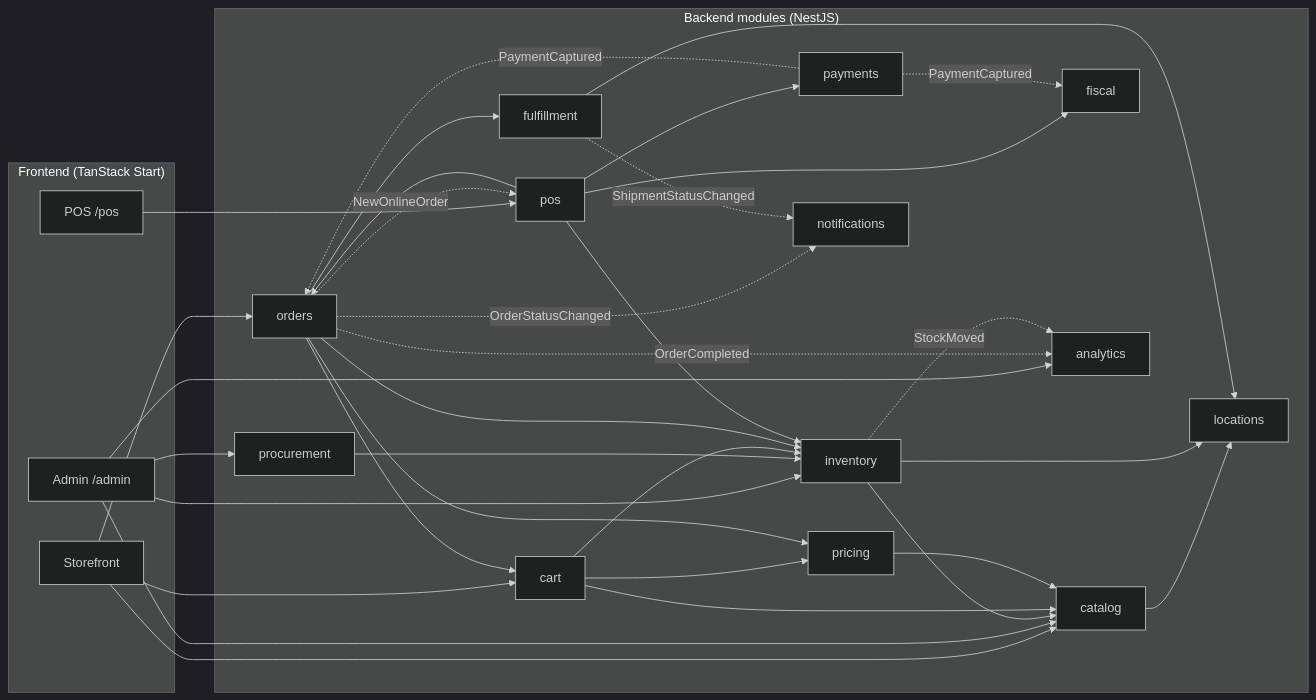
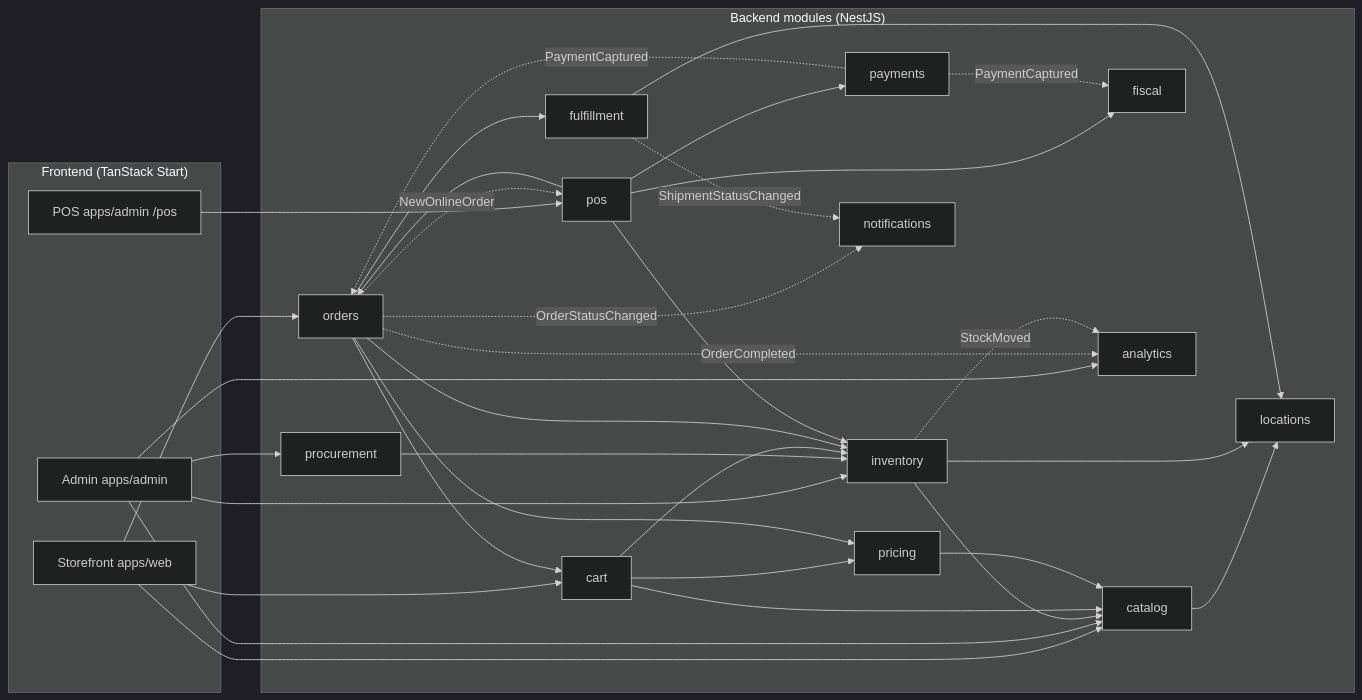
The second of 3 diagrams in ROADMAP.md (DevAgassi/flower-network), drawn with Mermaid (dark theme) before and after one commit. The commit also changed other lines of this file and 3 other files, not shown here.

````diff
--- a/ROADMAP.md
+++ b/ROADMAP.md
@@ -45,45 +45,45 @@
 ```mermaid
 flowchart LR
   subgraph UI["Frontend (TanStack Start)"]
-    STF[Storefront]
-    ADM[Admin /admin]
-    POSUI[POS /pos]
+    STF[Storefront apps/web]
+    ADM[Admin apps/admin]
+    POSUI[POS apps/admin /pos]
   end
 
   subgraph Core["Backend modules (NestJS)"]
     LOC[locations]
     CAT[catalog]
     PRC[procurement]
     INV[inventory]
     CRT[cart]
     PRI[pricing]
     ORD[orders]
     PAY[payments]
     FUL[fulfillment]
     POS[pos]
     FSC[fiscal]
     NTF[notifications]
     ANL[analytics]
   end
 
   STF --> CAT & CRT & ORD
   ADM --> CAT & INV & PRC & ANL
   POSUI --> POS
 
   CAT --> LOC
   INV --> CAT & LOC
   PRC --> INV
   CRT --> CAT & INV & PRI
   PRI --> CAT
   ORD --> CRT & INV & FUL & PRI
   FUL --> LOC
   POS --> ORD & INV & PAY & FSC
 
   PAY -. PaymentCaptured .-> ORD
   PAY -. PaymentCaptured .-> FSC
   ORD -. OrderStatusChanged .-> NTF
   ORD -. OrderCompleted .-> ANL
   INV -. StockMoved .-> ANL
   FUL -. ShipmentStatusChanged .-> NTF
   ORD -. NewOnlineOrder .-> POS
 ```
````
